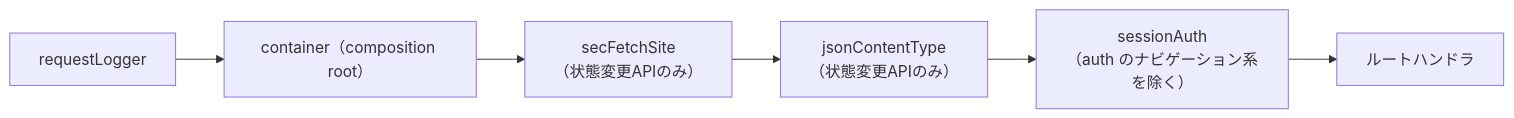
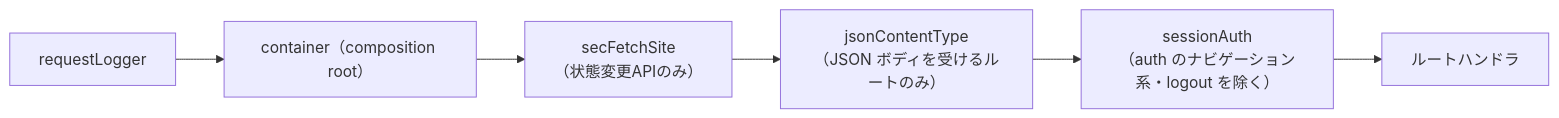
Before and after one commit to akitouchiyama/GainLog: the second of 3 diagrams in docs/Design/Detailed/backend.md, drawn with Mermaid. The commit also changed other lines of this file and 3 other files, not shown here.

````diff
--- a/docs/Design/Detailed/backend.md
+++ b/docs/Design/Detailed/backend.md
@@ -182,8 +182,8 @@
 ```mermaid
 flowchart LR
     A["requestLogger"] --> B["container（composition root）"]
     B --> C["secFetchSite\n（状態変更APIのみ）"]
-    C --> D["jsonContentType\n（状態変更APIのみ）"]
-    D --> E["sessionAuth\n（auth のナビゲーション系を除く）"]
+    C --> D["jsonContentType\n（JSON ボディを受けるルートのみ）"]
+    D --> E["sessionAuth\n（auth のナビゲーション系・logout を除く）"]
     E --> F["ルートハンドラ"]
 ```
````
